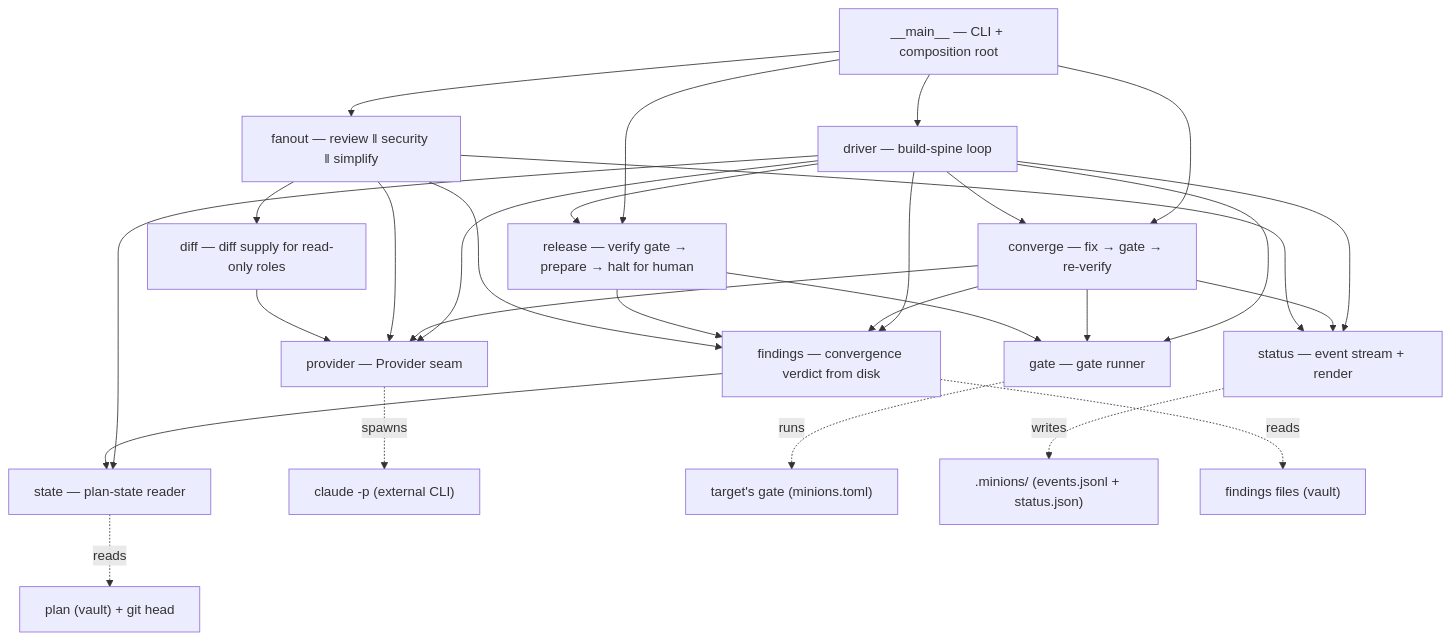
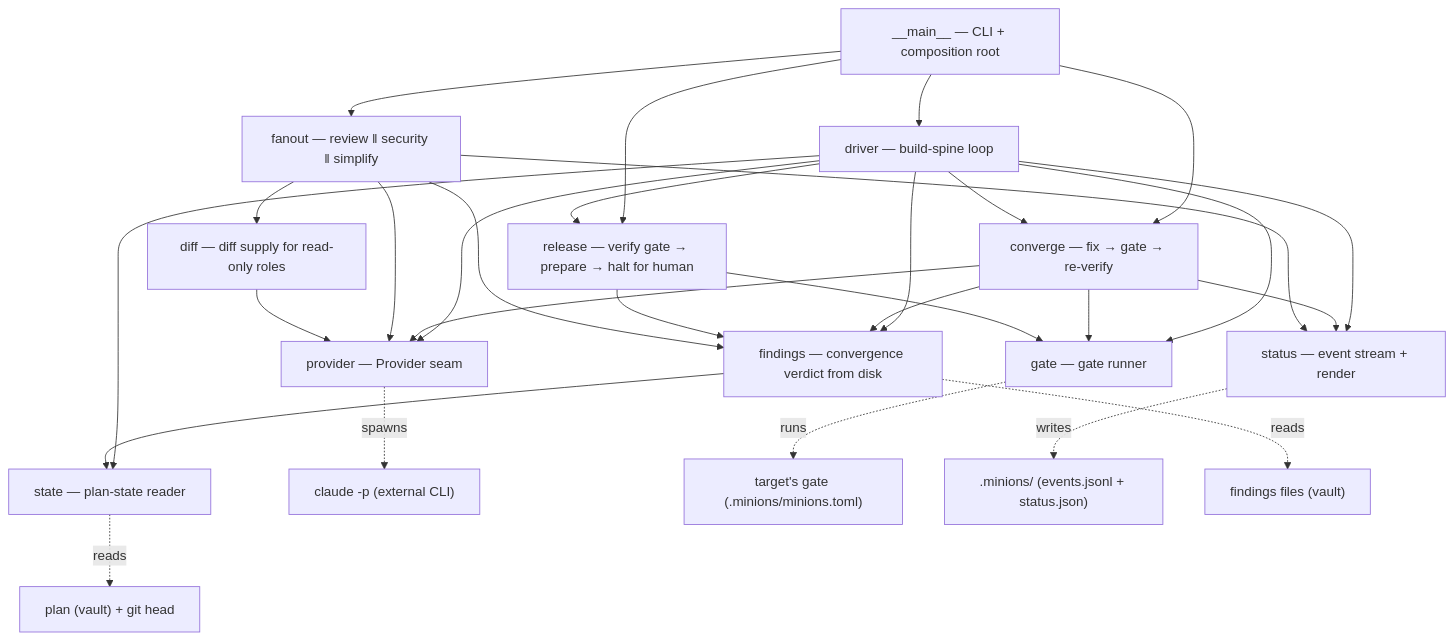
One commit to alxb1t/minionsfactory changed the diagram in docs/architecture.md. Above: the diagram before and after it, drawn with Mermaid. The commit also changed 11 other files, not shown here.

First line of the commit message:
feat: add preflight/contract guard + relocate gate config to .minions/

````diff
--- a/docs/architecture.md
+++ b/docs/architecture.md
@@ -39,44 +39,44 @@
 ```mermaid
 graph TD
     main["__main__ — CLI + composition root"]
     driver["driver — build-spine loop"]
     converge["converge — fix → gate → re-verify"]
     release["release — verify gate → prepare → halt for human"]
     fanout["fanout — review ‖ security ‖ simplify"]
     diff["diff — diff supply for read-only roles"]
     findings["findings — convergence verdict from disk"]
     state["state — plan-state reader"]
     gate["gate — gate runner"]
     provider["provider — Provider seam"]
     status["status — event stream + render"]
 
     main --> driver
     main --> converge
     main --> fanout
     main --> release
     driver --> converge
     driver --> release
     driver --> gate
     driver --> provider
     driver --> state
     driver --> status
     driver --> findings
     converge --> provider
     converge --> gate
     converge --> findings
     converge --> status
     release --> gate
     release --> findings
     fanout --> diff
     fanout --> findings
     fanout --> provider
     fanout --> status
     diff --> provider
     findings --> state
 
     provider -. spawns .-> claude["claude -p (external CLI)"]
-    gate -. runs .-> targetgate["target's gate (minions.toml)"]
+    gate -. runs .-> targetgate["target's gate (.minions/minions.toml)"]
     state -. reads .-> disk["plan (vault) + git head"]
     status -. writes .-> minions[".minions/ (events.jsonl + status.json)"]
     findings -. reads .-> ff["findings files (vault)"]
 ```
````
